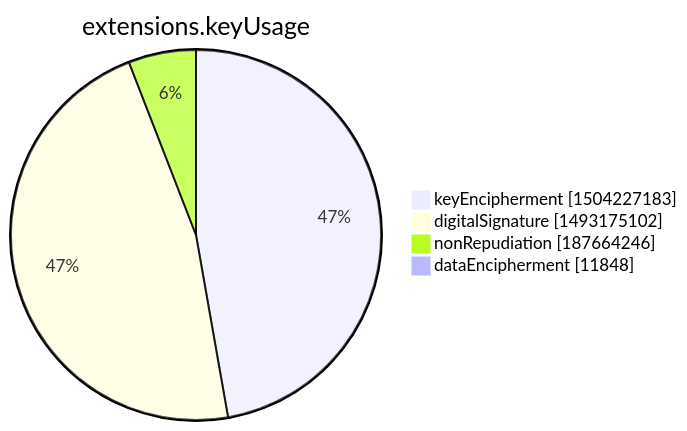
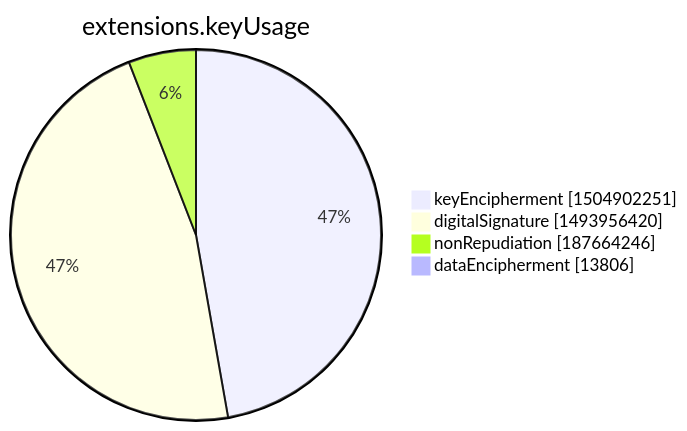
Before and after one commit to christiankrug/ctmonitor_visualization: the seventh of 15 diagrams in xenon2022/README.md, drawn with Mermaid. The commit also changed other lines of this file, not shown here.

````diff
--- a/xenon2022/README.md
+++ b/xenon2022/README.md
@@ -2845,8 +2845,8 @@
 ```mermaid
 pie showData
 title extensions.keyUsage
-"keyEncipherment" :1504227183
-"digitalSignature" :1493175102
+"keyEncipherment" :1504902251
+"digitalSignature" :1493956420
 "nonRepudiation" :187664246
-"dataEncipherment" :11848
+"dataEncipherment" :13806
 ```
````
